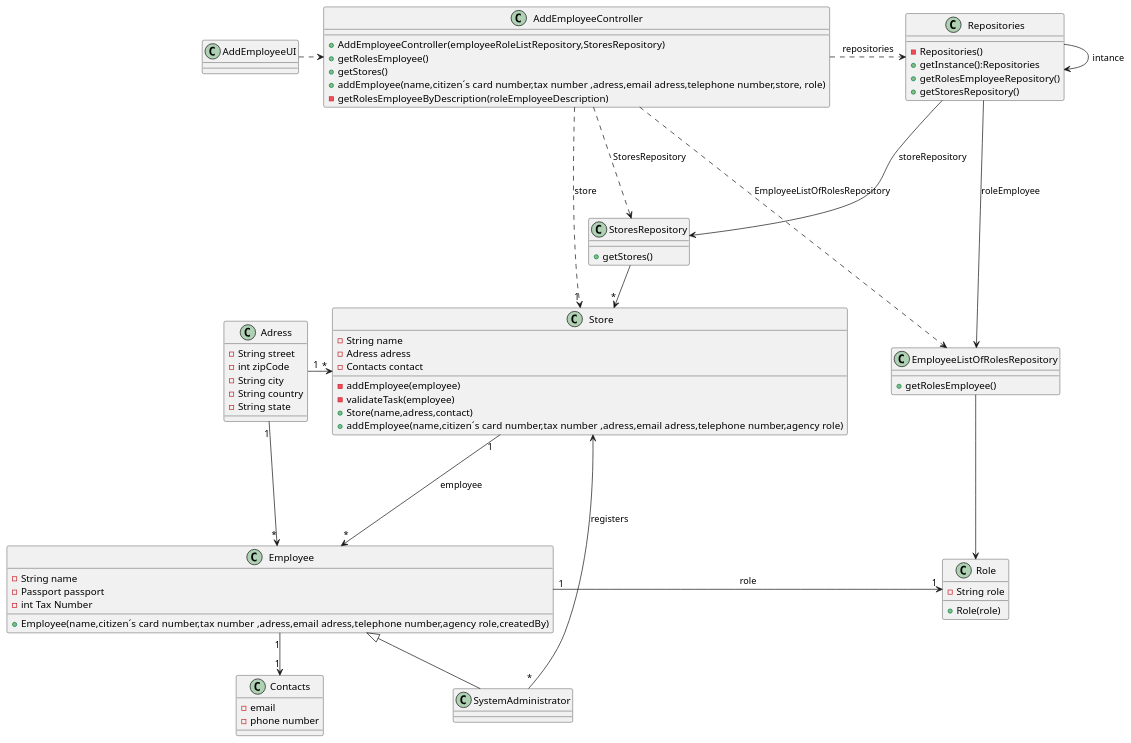
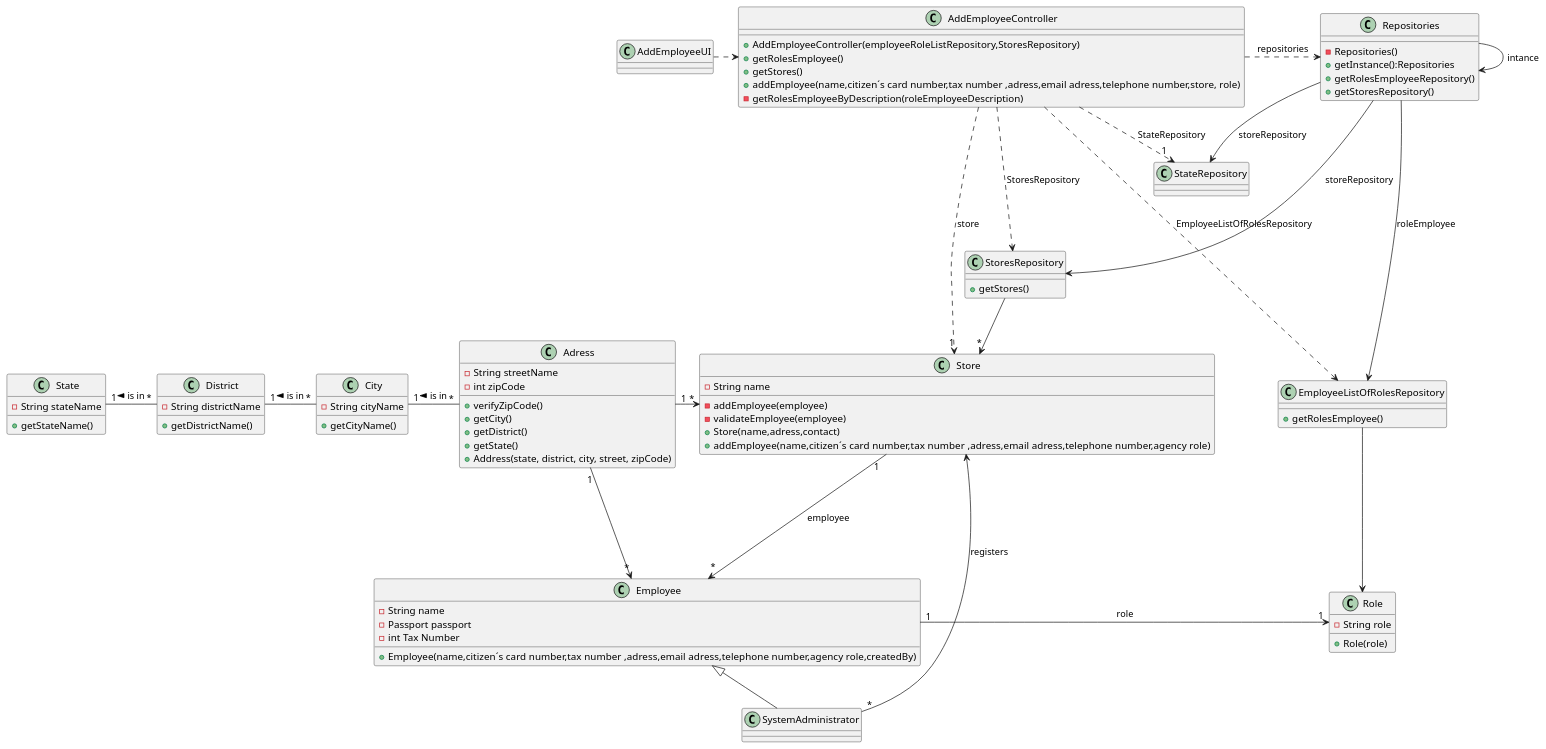
One commit to PureNimble/ISEP-LAPR2 changed the diagram in docs/sprintB/US03/03.design/puml/us01-class-diagram.puml. Above: the diagram before and after it, drawn with PlantUML. The commit also changed 1 other file, not shown here.

Commit message:
US03-Updating the class diagram on sprint B and improving the SSD

```diff
--- a/docs/sprintB/US03/03.design/puml/us01-class-diagram.puml
+++ b/docs/sprintB/US03/03.design/puml/us01-class-diagram.puml
@@ -1,131 +1,157 @@
 @startuml
-
-
 'https://plantuml.com/class-diagram
 
 class AddEmployeeUI
 
 class Adress
-
-class Contacts
 
 class AddEmployeeController
 
 class Repositories
 
 class Employee
 
 class Store
 
 class Role
 
 class SystemAdministrator
 
 class StoresRepository
 
 class EmployeeListOfRolesRepository
 
+class State
+
+class City
+
+class District
+
+class StateRepository
+
+class State{
+ - String stateName
+
+    +getStateName()
+}
+
+class District{
+- String districtName
+
+    +getDistrictName()
+}
+
+class City{
+- String cityName
+
+    +getCityName()
+}
 
 class Adress{
--String street
--int zipCode
--String city
--String country
--String state
-}
+ -String streetName
+    -int zipCode
 
-
-class Contacts{
--email
--phone number
+    +verifyZipCode()
+    +getCity()
+    +getDistrict()
+    +getState()
+    +Address(state, district, city, street, zipCode)
 }
 
 class Role{
 -String role
 +Role(role)
 }
 
 class SystemAdministrator{
 }
 
 class Employee{
 -String name
 -Passport passport
 -int Tax Number
 +Employee(name,citizen´s card number,tax number ,adress,email adress,telephone number,agency  role,createdBy)
 }
 
 class StoresRepository{
 +getStores()
 
 }
 
 class EmployeeListOfRolesRepository{
 +getRolesEmployee()
 
 }
 
 class AddEmployeeUI{
 }
 
 class AddEmployeeController{
 +AddEmployeeController(employeeRoleListRepository,StoresRepository)
 +getRolesEmployee()
 +getStores()
 +addEmployee(name,citizen´s card number,tax number ,adress,email adress,telephone number,store, role)
 -getRolesEmployeeByDescription(roleEmployeeDescription)
 }
 
 class Repositories{
 -Repositories()
 +getInstance():Repositories
 +getRolesEmployeeRepository()
 +getStoresRepository()
 }
 
 class Store{
 -String name
--Adress adress
--Contacts contact
 -addEmployee(employee)
--validateTask(employee)
+-validateEmployee(employee)
 +Store(name,adress,contact)
 +addEmployee(name,citizen´s card number,tax number ,adress,email adress,telephone number,agency  role)
 }
 
 
 AddEmployeeUI .> AddEmployeeController
 
 AddEmployeeController ..> "1" Store : store
 
 AddEmployeeController ...> EmployeeListOfRolesRepository :EmployeeListOfRolesRepository
 
 AddEmployeeController ..> StoresRepository : StoresRepository
 
 Store "1" ---> "*" Employee : employee
 
 Repositories -> Repositories:intance
 
 Repositories ---> StoresRepository: storeRepository
 
 Repositories ----> EmployeeListOfRolesRepository:roleEmployee
 
 AddEmployeeController .>  Repositories : repositories
 
 StoresRepository --> "*" Store
 
 Employee <|-- SystemAdministrator
 
 Store <- "*" SystemAdministrator : registers
 
 EmployeeListOfRolesRepository ---> Role
 
 Employee "1" -> "1" Role : role
 
-Employee "1" --> "1" Contacts
-
 Adress "1" -> "*"  Store
 
 Adress "1" --> "*" Employee
 
+Adress "*" -left- "1" City:is in >
+
+City "*" -left- "1" District : is in >
+
+District "*" -left- "1" State : is in >
+
+AddEmployeeController ..> "1" StateRepository : StateRepository
+
+Repositories -> StateRepository: storeRepository
+
+StateRepository -left[hidden].> StateRepository
+
 @enduml
```
